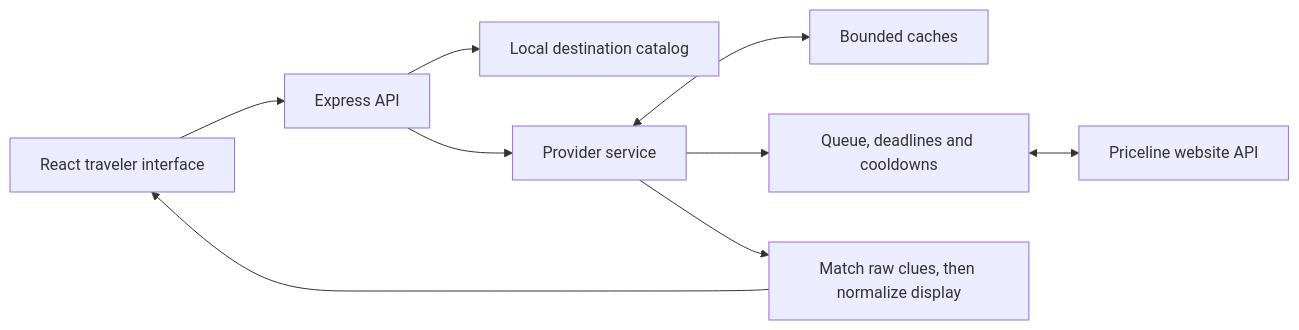
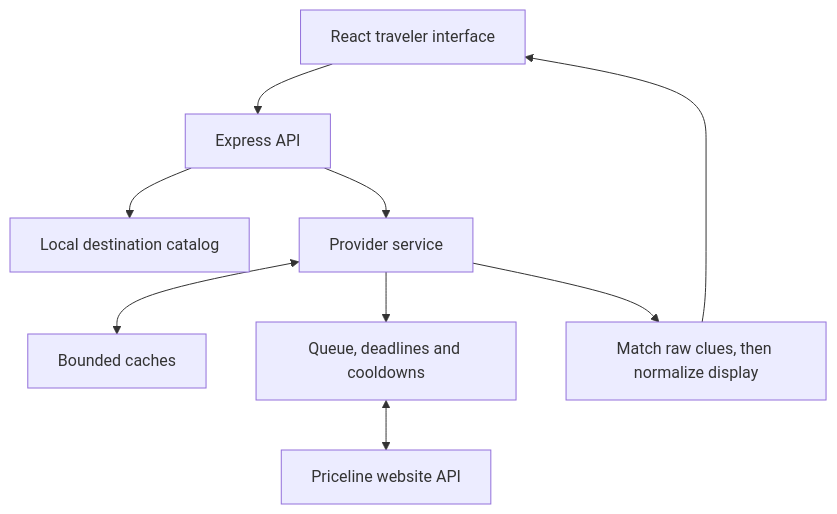
Before and after one commit to NadavsSchwartz/hotel-revealer: the diagram in README.md, drawn with Mermaid.

Commit message:
Improve README diagram readability

````diff
--- a/README.md
+++ b/README.md
@@ -52,11 +52,11 @@
 ```mermaid
-flowchart LR
+flowchart TD
   Browser[React traveler interface] --> API[Express API]
   API --> Catalog[Local destination catalog]
   API --> Service[Provider service]
   Service <--> Cache[Bounded caches]
   Service --> Scheduler[Queue, deadlines and cooldowns]
   Scheduler <--> Priceline[Priceline website API]
   Service --> Match[Match raw clues, then normalize display]
   Match --> Browser
 ```
````
